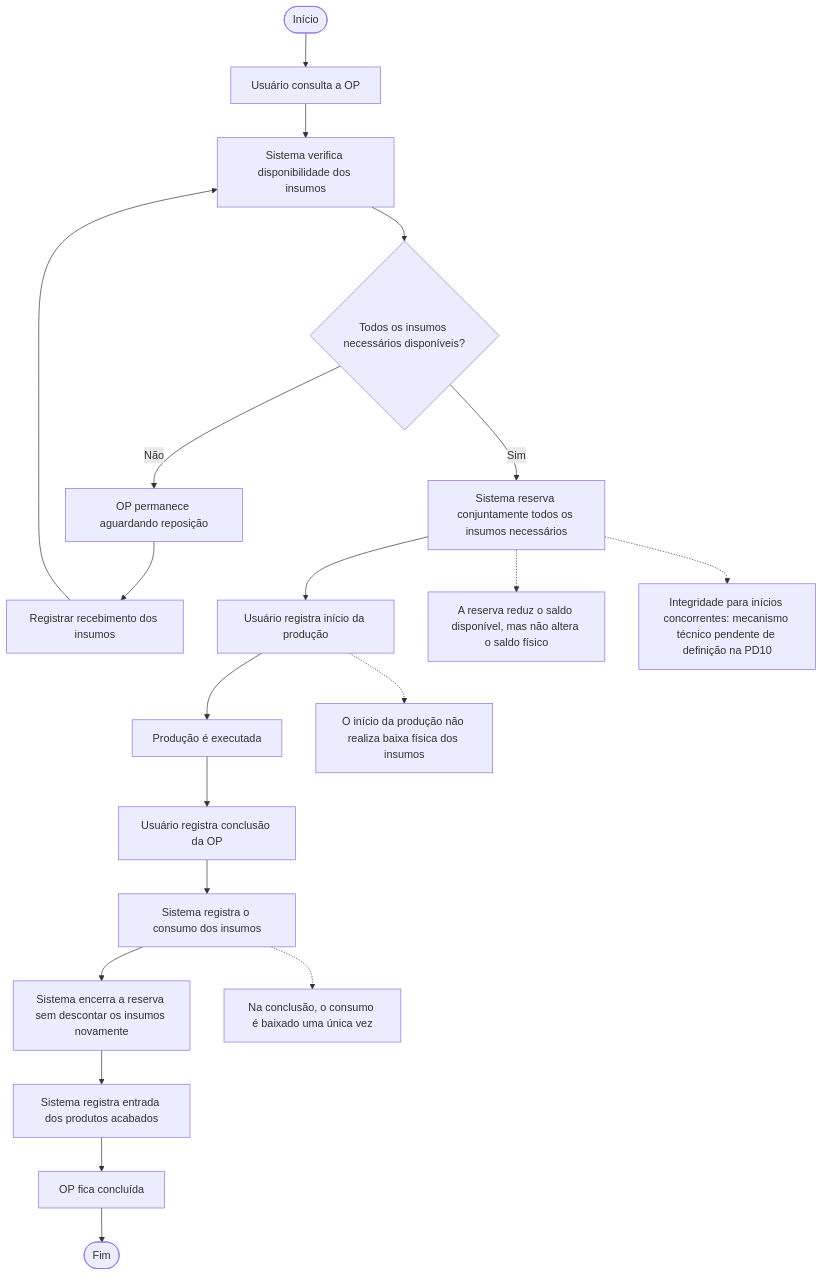
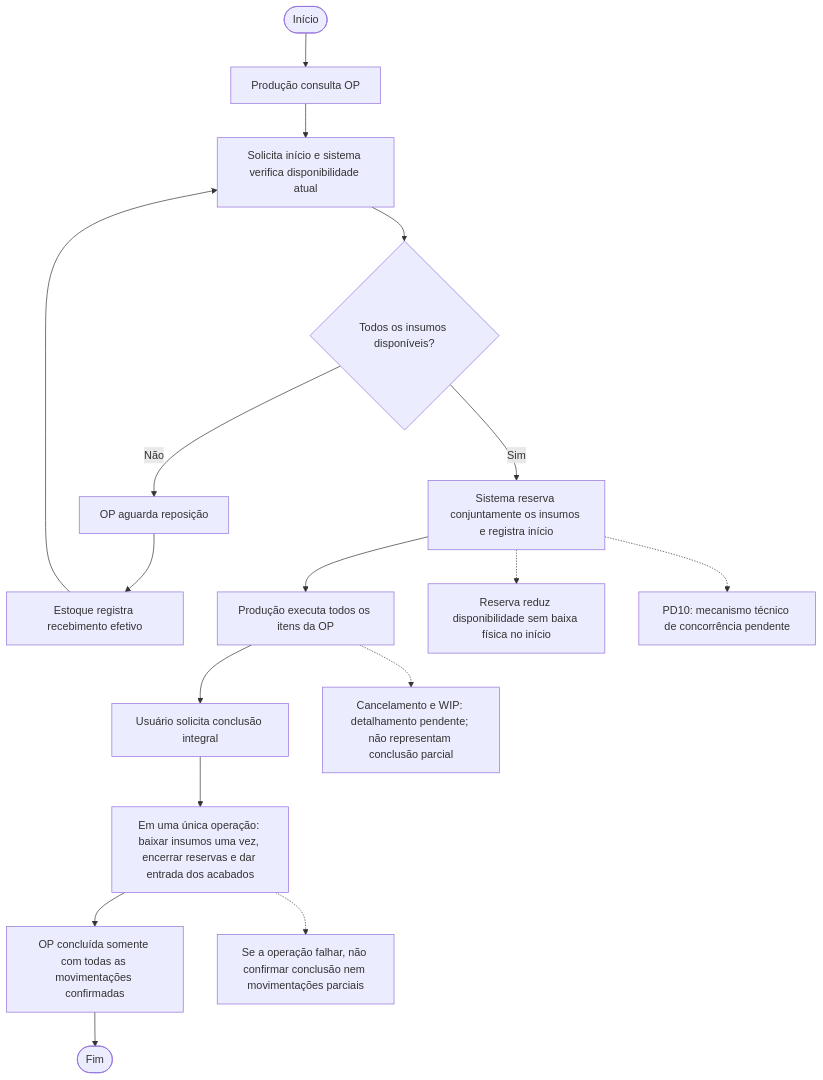
Before and after one commit to edumoreira7/TCC---Gestao-Integrada: the diagram in docs/03-modelagem/atividades/atividade-conclusao-producao.mmd, drawn with Mermaid. The commit also changed 13 other files, not shown here.

```diff
--- a/docs/03-modelagem/atividades/atividade-conclusao-producao.mmd
+++ b/docs/03-modelagem/atividades/atividade-conclusao-producao.mmd
@@ -1,25 +1,17 @@
 flowchart TD
-    A([Início]) --> B[Usuário consulta a OP]
-    B --> C[Sistema verifica disponibilidade dos insumos]
-    C --> D{Todos os insumos necessários disponíveis?}
-
-    D -- Não --> E[OP permanece aguardando reposição]
-    E --> F[Registrar recebimento dos insumos]
+    A([Início]) --> B[Produção consulta OP]
+    B --> C[Solicita início e sistema verifica disponibilidade atual]
+    C --> D{Todos os insumos disponíveis?}
+    D -- Não --> E[OP aguarda reposição]
+    E --> F[Estoque registra recebimento efetivo]
     F --> C
-
-    D -- Sim --> G[Sistema reserva conjuntamente todos os insumos necessários]
-    G --> H[Usuário registra início da produção]
-    H --> I[Produção é executada]
-    I --> J[Usuário registra conclusão da OP]
-    J --> K[Sistema registra o consumo dos insumos]
-    K --> L[Sistema encerra a reserva sem descontar os insumos novamente]
-    L --> M[Sistema registra entrada dos produtos acabados]
-    M --> N[OP fica concluída]
-    N --> O([Fim])
-
-    H -.-> P[O início da produção não realiza baixa física dos insumos]
-    G -.-> Q[A reserva reduz o saldo disponível, mas não altera o saldo físico]
-    K -.-> R[Na conclusão, o consumo é baixado uma única vez]
-
-    S[Integridade para inícios concorrentes: mecanismo técnico pendente de definição na PD10]
-    G -.-> S
+    D -- Sim --> G[Sistema reserva conjuntamente os insumos e registra início]
+    G --> H[Produção executa todos os itens da OP]
+    H --> I[Usuário solicita conclusão integral]
+    I --> J[Em uma única operação: baixar insumos uma vez, encerrar reservas e dar entrada dos acabados]
+    J --> K[OP concluída somente com todas as movimentações confirmadas]
+    K --> L([Fim])
+    G -.-> M[Reserva reduz disponibilidade sem baixa física no início]
+    J -.-> N[Se a operação falhar, não confirmar conclusão nem movimentações parciais]
+    G -.-> O[PD10: mecanismo técnico de concorrência pendente]
+    H -.-> P[Cancelamento e WIP: detalhamento pendente; não representam conclusão parcial]
```
